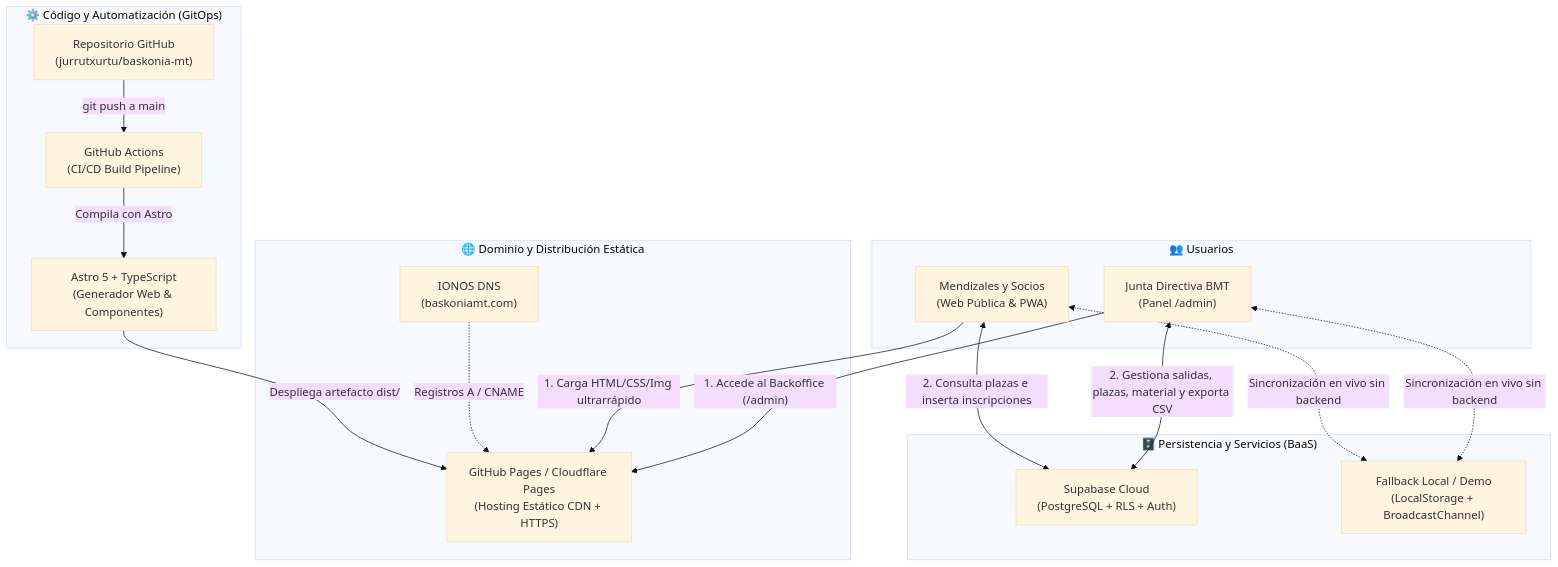
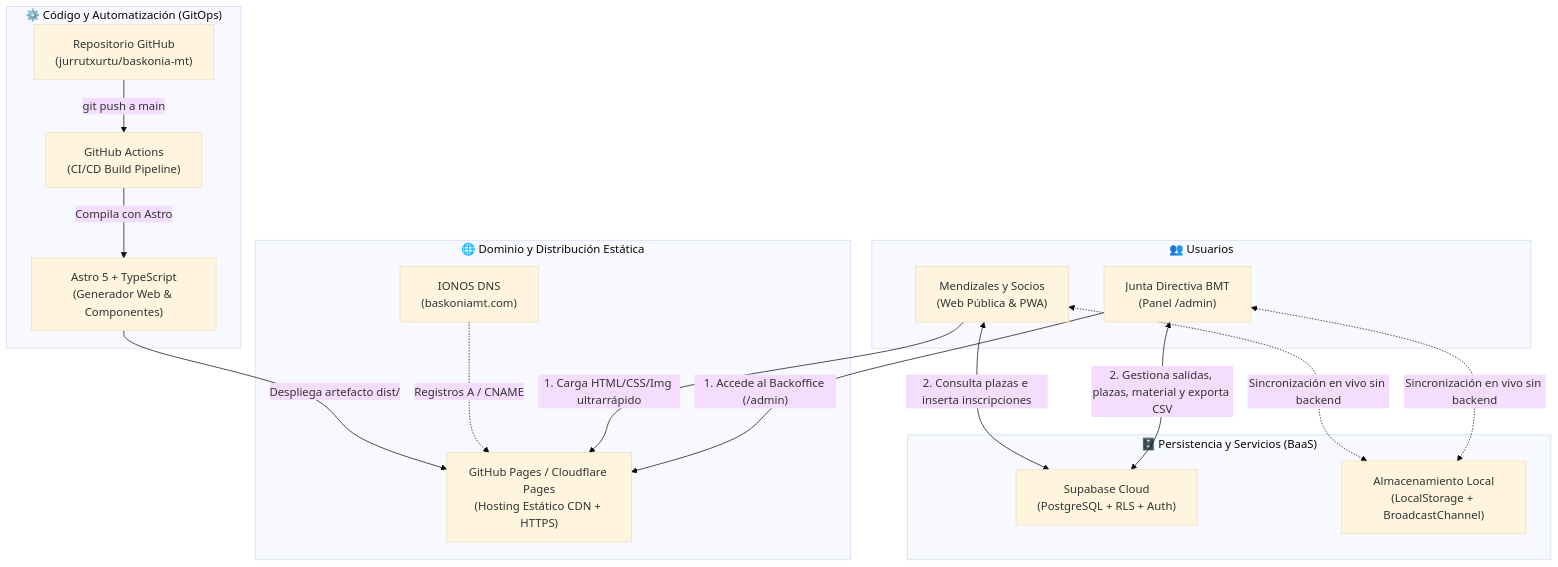
The diagram in README.md (jurrutxurtu/baskonia-mt), drawn with Mermaid (base theme) before and after one commit. The commit also changed other lines of this file and 5 other files, not shown here.

````diff
--- a/README.md
+++ b/README.md
@@ -9,37 +9,37 @@
 ```mermaid
 flowchart TB
     subgraph Users["👥 Usuarios"]
         Public["Mendizales y Socios<br/>(Web Pública & PWA)"]
         Board["Junta Directiva BMT<br/>(Panel /admin)"]
     end
 
     subgraph DNS_CDN["🌐 Dominio y Distribución Estática"]
         IONOS["IONOS DNS<br/>(baskoniamt.com)"]
         Pages["GitHub Pages / Cloudflare Pages<br/>(Hosting Estático CDN + HTTPS)"]
     end
 
     subgraph Repo_CI["⚙️ Código y Automatización (GitOps)"]
         GitHub["Repositorio GitHub<br/>(jurrutxurtu/baskonia-mt)"]
         Actions["GitHub Actions<br/>(CI/CD Build Pipeline)"]
         Astro["Astro 5 + TypeScript<br/>(Generador Web & Componentes)"]
     end
 
     subgraph Backend_Data["🗄️ Persistencia y Servicios (BaaS)"]
         Supabase["Supabase Cloud<br/>(PostgreSQL + RLS + Auth)"]
-        LocalSync["Fallback Local / Demo<br/>(LocalStorage + BroadcastChannel)"]
+        LocalSync["Almacenamiento Local<br/>(LocalStorage + BroadcastChannel)"]
     end
 
     GitHub -->|"git push a main"| Actions
     Actions -->|"Compila con Astro"| Astro
     Astro -->|"Despliega artefacto dist/"| Pages
     IONOS -.->|"Registros A / CNAME"| Pages
 
     Public -->|"1. Carga HTML/CSS/Img ultrarrápido"| Pages
     Board -->|"1. Accede al Backoffice (/admin)"| Pages
 
     Public <-->|"2. Consulta plazas e inserta inscripciones"| Supabase
     Board <-->|"2. Gestiona salidas, plazas, material y exporta CSV"| Supabase
 
     Public <-.->|"Sincronización en vivo sin backend"| LocalSync
     Board <-.->|"Sincronización en vivo sin backend"| LocalSync
 ```
````
